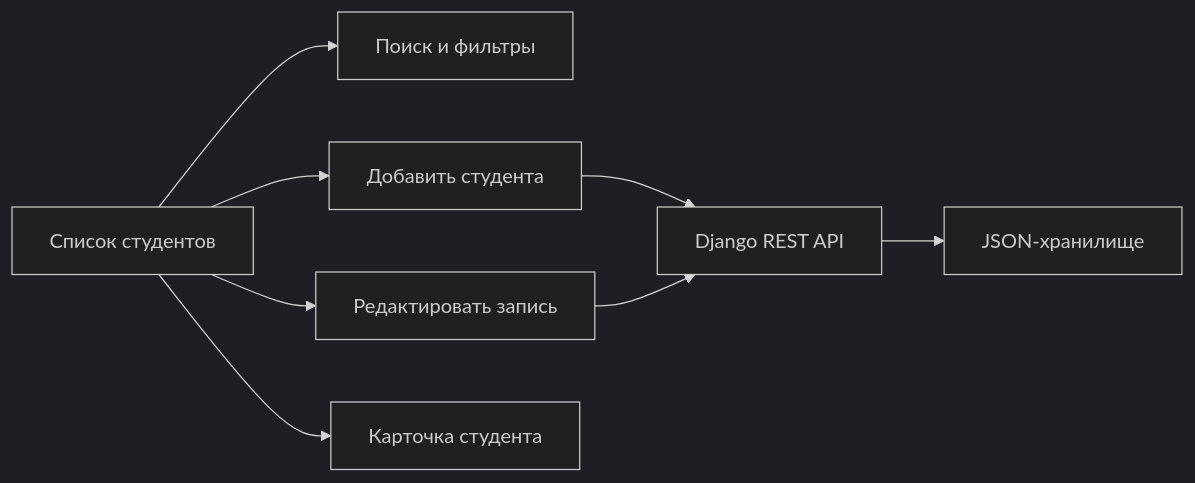
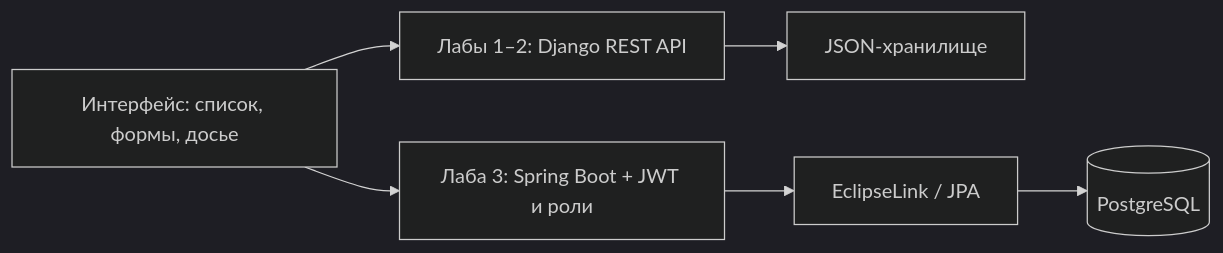
One commit to l1234-tech/student-management changed the diagram in README.md. Above: the diagram before and after it, drawn with Mermaid (dark theme). The commit also changed other lines of this file and 1 other file, not shown here.

````diff
--- a/README.md
+++ b/README.md
@@ -5,10 +5,8 @@
 ```mermaid
 flowchart LR
-    A[Список студентов] --> B[Поиск и фильтры]
-    A --> C[Добавить студента]
-    A --> D[Редактировать запись]
-    A --> E[Карточка студента]
-    C --> F[Django REST API]
-    D --> F
-    F --> G[JSON-хранилище]
+    UI[Интерфейс: список, формы, досье] --> API2[Лабы 1–2: Django REST API]
+    API2 --> JSON[JSON-хранилище]
+    UI --> API3[Лаба 3: Spring Boot + JWT и роли]
+    API3 --> JPA[EclipseLink / JPA]
+    JPA --> DB[(PostgreSQL)]
 ```
````
